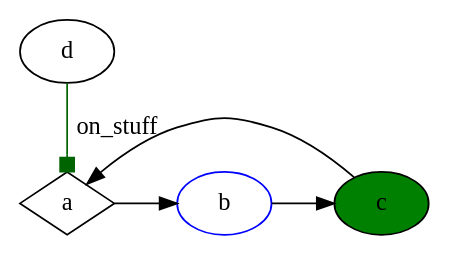
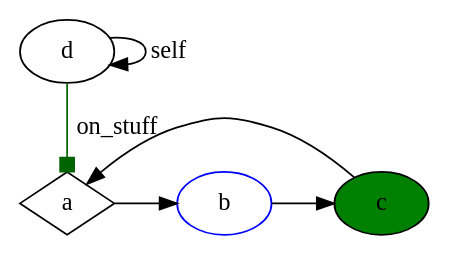
Before and after one commit to dgtized/dotfiles: the first of 2 diagrams in test.org, drawn with Graphviz.

Commit message:
plus a self loop label

```diff
--- a/test.org
+++ b/test.org
@@ -70,15 +70,16 @@
 #+BEGIN_SRC dot :file tmp/dot.png
   digraph {
     a -> b
     b -> c
     c -> a
     subgraph {
       rank=same
       a b c
       a [ shape=diamond ]
       b [ color=blue ]
       c [ style=filled, fillcolor=green ]
     }
     d -> a [ arrowhead=box, color=darkgreen, label="on_stuff" ]
+    d -> d [ label="self" ]
   }
 #+END_SRC
```
